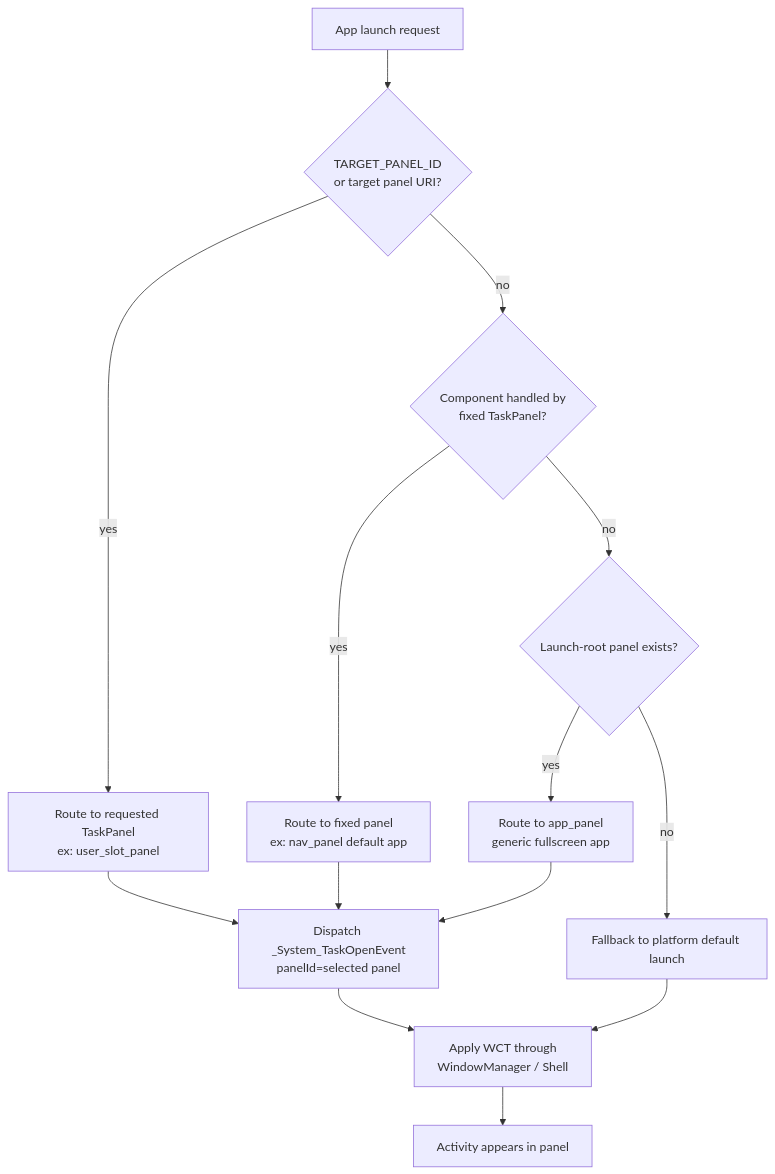
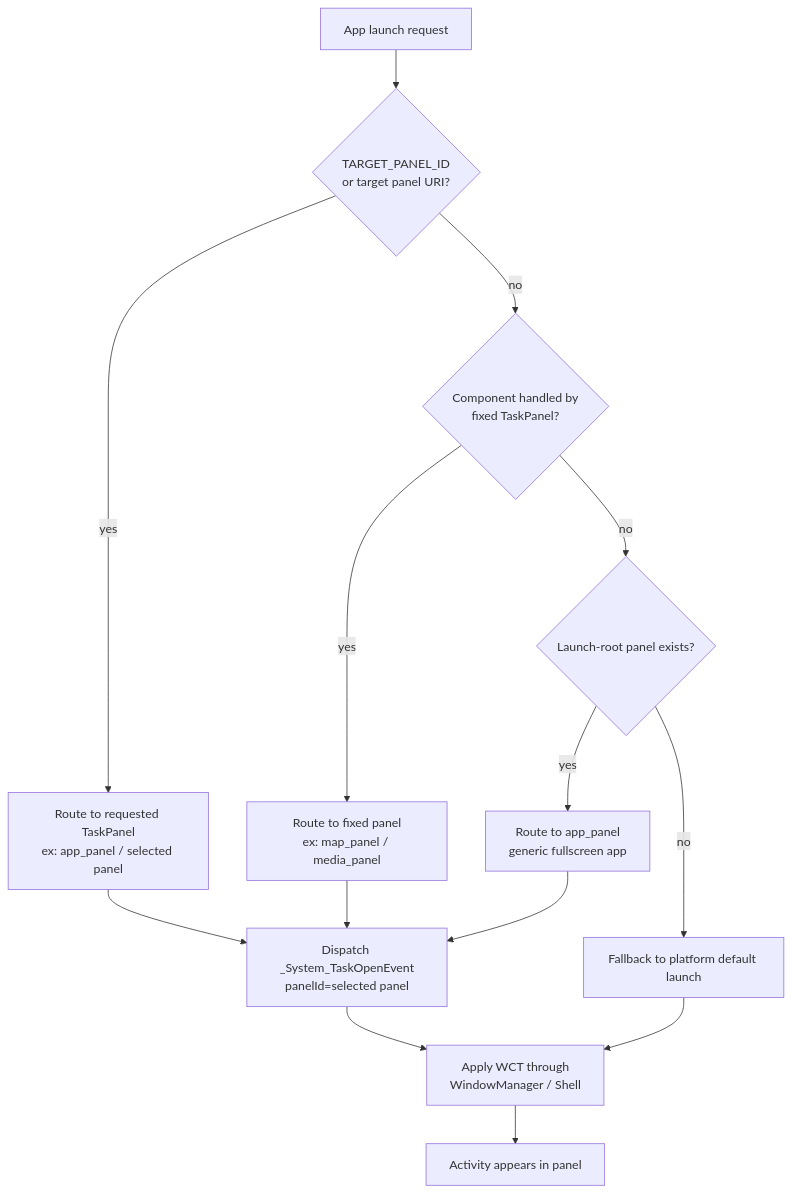
One commit to Nyma-fuk/scalableui-poc changed the fourth of 7 diagrams in docs/scalableui_window_manager_flow_ja.md. Above: the diagram before and after it, drawn with Mermaid. The commit also changed other lines of this file and 49 other files, not shown here.

````diff
--- a/docs/scalableui_window_manager_flow_ja.md
+++ b/docs/scalableui_window_manager_flow_ja.md
@@ -192,28 +194,28 @@
 ```mermaid
 flowchart TB
     Launch[App launch request]
     HasTarget{TARGET_PANEL_ID<br/>or target panel URI?}
-    TargetPanel[Route to requested TaskPanel<br/>ex: user_slot_panel]
+    TargetPanel[Route to requested TaskPanel<br/>ex: app_panel / selected panel]
     FixedRole{Component handled by<br/>fixed TaskPanel?}
-    FixedPanel[Route to fixed panel<br/>ex: nav_panel default app]
+    FixedPanel[Route to fixed panel<br/>ex: map_panel / media_panel]
     LaunchRoot{Launch-root panel exists?}
     AppPanel[Route to app_panel<br/>generic fullscreen app]
     Fallback[Fallback to platform default launch]
     Event[Dispatch _System_TaskOpenEvent<br/>panelId=selected panel]
     Wm[Apply WCT through<br/>WindowManager / Shell]
     Screen[Activity appears in panel]
 
     Launch --> HasTarget
     HasTarget -- yes --> TargetPanel
     HasTarget -- no --> FixedRole
     FixedRole -- yes --> FixedPanel
     FixedRole -- no --> LaunchRoot
     LaunchRoot -- yes --> AppPanel
     LaunchRoot -- no --> Fallback
     TargetPanel --> Event
     FixedPanel --> Event
     AppPanel --> Event
     Fallback --> Wm
     Event --> Wm
     Wm --> Screen
 ```
````
